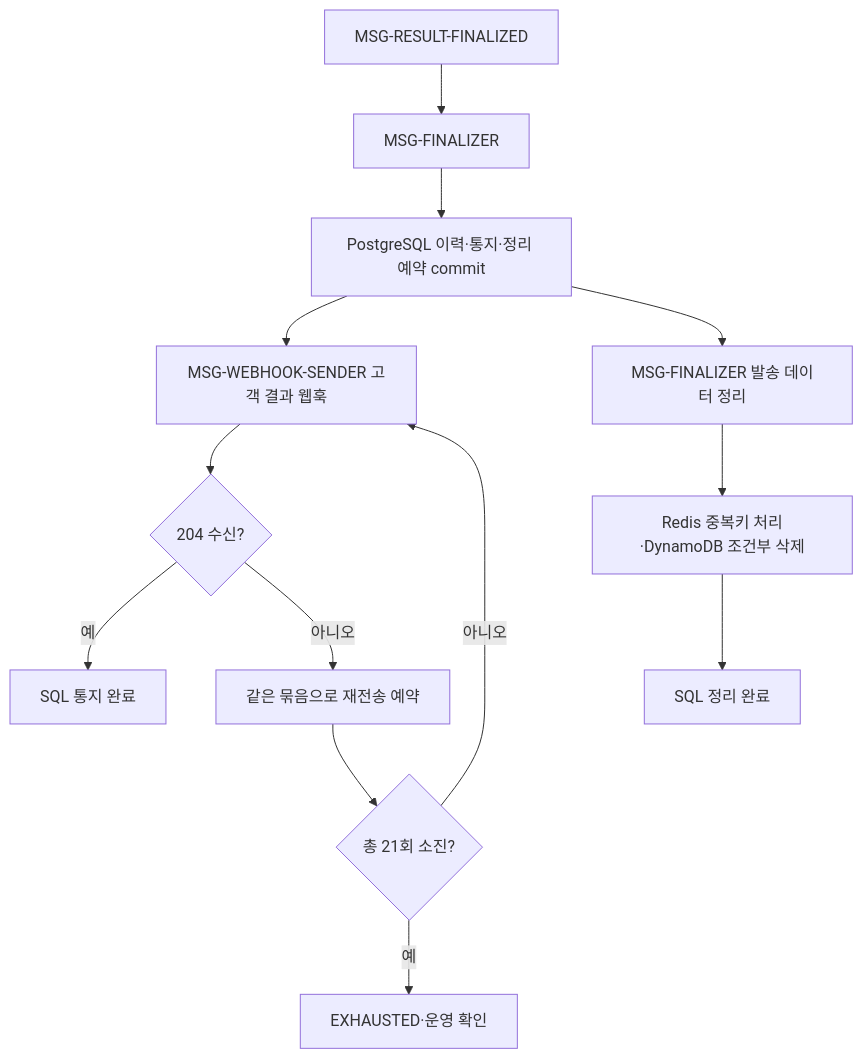
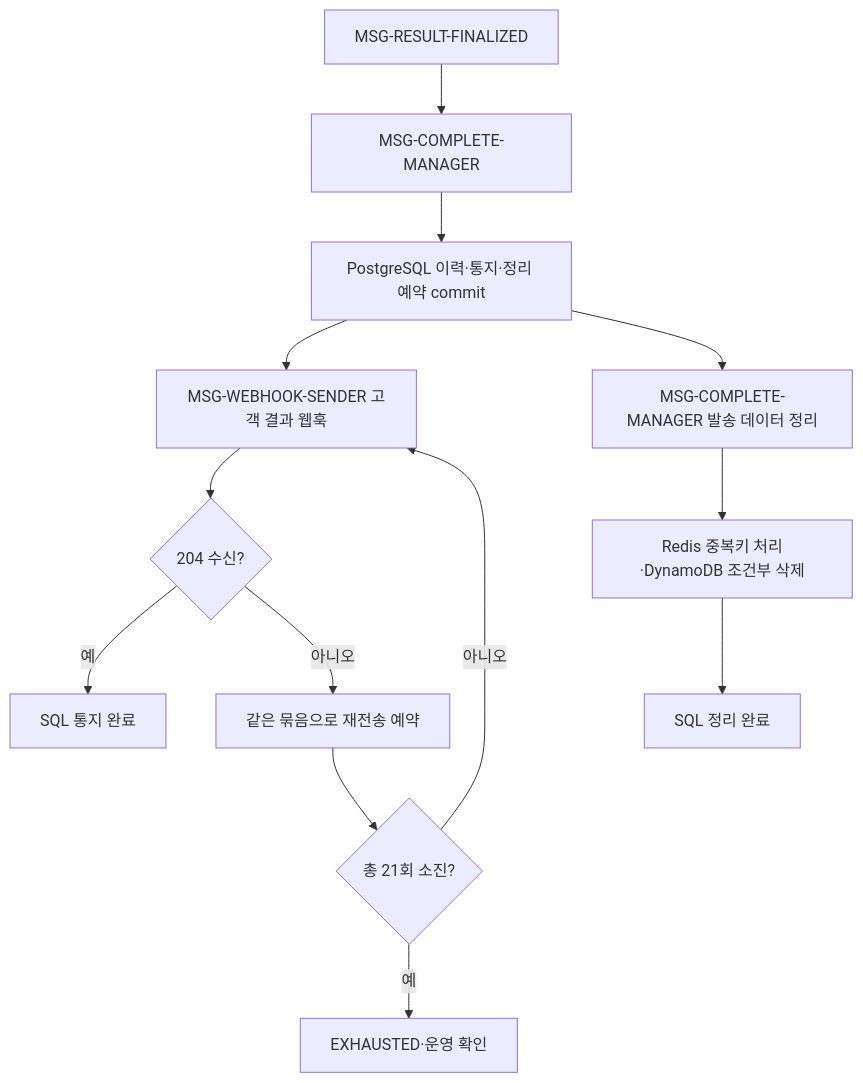
Before and after one commit to hyun-seung/High-throughput-event-platform: the tenth of 10 diagrams in docs/53-신규-메시지-케이스별-Call-Flow.md, drawn with Mermaid. The commit also changed other lines of this file and 1 other file, not shown here.

````diff
--- a/docs/53-신규-메시지-케이스별-Call-Flow.md
+++ b/docs/53-신규-메시지-케이스별-Call-Flow.md
@@ -319,15 +345,15 @@
 ```mermaid
 flowchart TD
-    F[MSG-RESULT-FINALIZED] --> Z[MSG-FINALIZER]
+    F[MSG-RESULT-FINALIZED] --> Z[MSG-COMPLETE-MANAGER]
     Z --> Q[PostgreSQL 이력·통지·정리 예약 commit]
     Q --> N[MSG-WEBHOOK-SENDER 고객 결과 웹훅]
-    Q --> C[MSG-FINALIZER 발송 데이터 정리]
+    Q --> C[MSG-COMPLETE-MANAGER 발송 데이터 정리]
     N --> A{204 수신?}
     A -->|예| D[SQL 통지 완료]
     A -->|아니오| R[같은 묶음으로 재전송 예약]
     R --> L{총 21회 소진?}
     L -->|아니오| N
     L -->|예| H[EXHAUSTED·운영 확인]
     C --> X[Redis 중복키 처리·DynamoDB 조건부 삭제]
     X --> Y[SQL 정리 완료]
 ```
````
